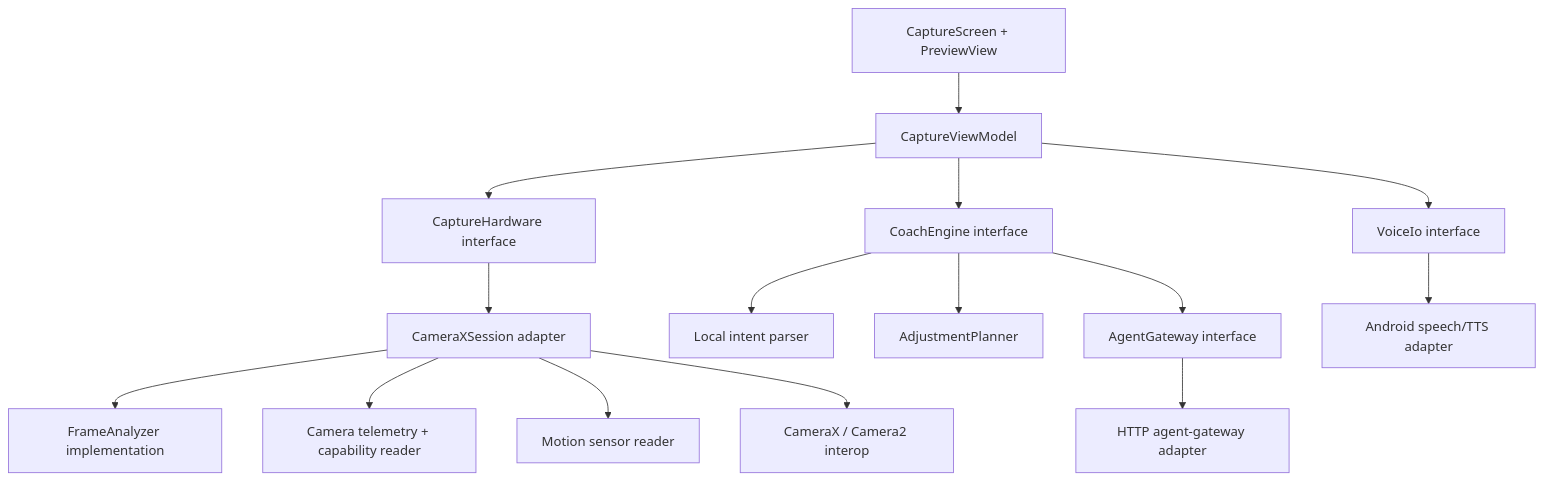
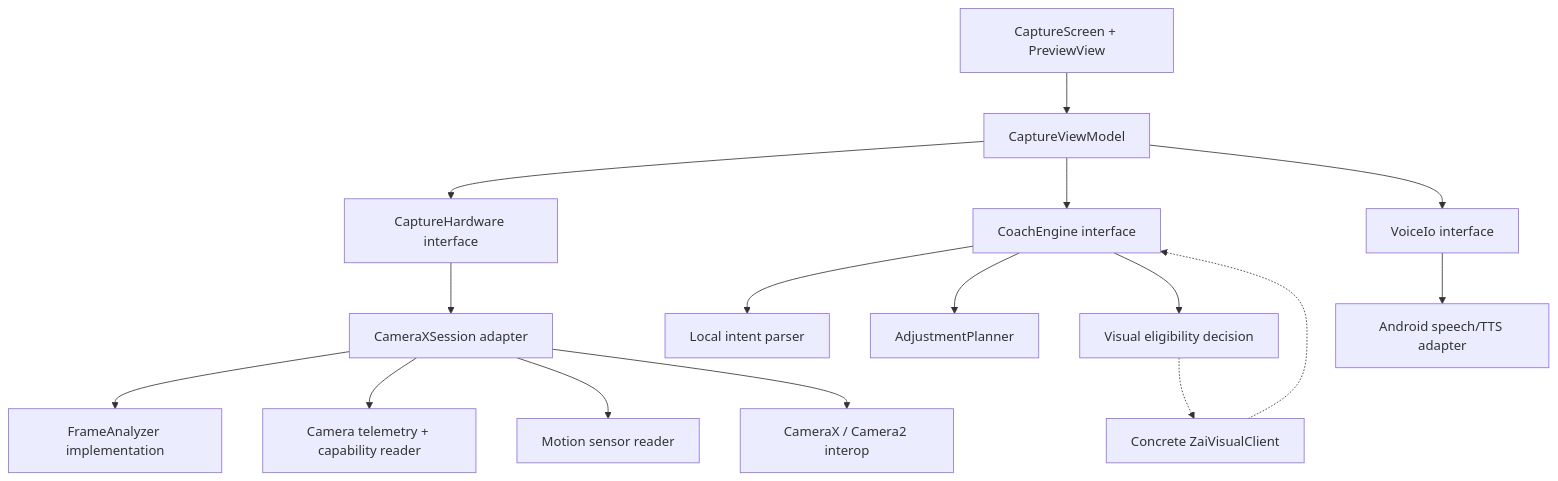
One commit to LuBolin/CameraAgent changed the second of 2 diagrams in outputs/ANDROID_TECHNICAL_ARCHITECTURE.md. Above: the diagram before and after it, drawn with Mermaid. The commit also changed other lines of this file and 7 other files, not shown here.

Commit message:
document Android photo helper architecture

````diff
--- a/outputs/ANDROID_TECHNICAL_ARCHITECTURE.md
+++ b/outputs/ANDROID_TECHNICAL_ARCHITECTURE.md
@@ -109,20 +115,21 @@
 ```mermaid
 flowchart TD
     UI["CaptureScreen + PreviewView"] --> VM["CaptureViewModel"]
     VM --> CH["CaptureHardware interface"]
     VM --> CE["CoachEngine interface"]
     VM --> VO["VoiceIo interface"]
 
     CH --> CX["CameraXSession adapter"]
     CX --> CA["FrameAnalyzer implementation"]
     CX --> CT["Camera telemetry + capability reader"]
     CX --> MS["Motion sensor reader"]
     CX --> CM["CameraX / Camera2 interop"]
 
     CE --> LI["Local intent parser"]
     CE --> AP["AdjustmentPlanner"]
-    CE --> AG["AgentGateway interface"]
-    AG --> HTTP["HTTP agent-gateway adapter"]
+    CE --> LO["Visual eligibility decision"]
+    LO -.-> ZC["Concrete ZaiVisualClient"]
+    ZC -.-> CE
 
     VO --> AV["Android speech/TTS adapter"]
 ```
````
